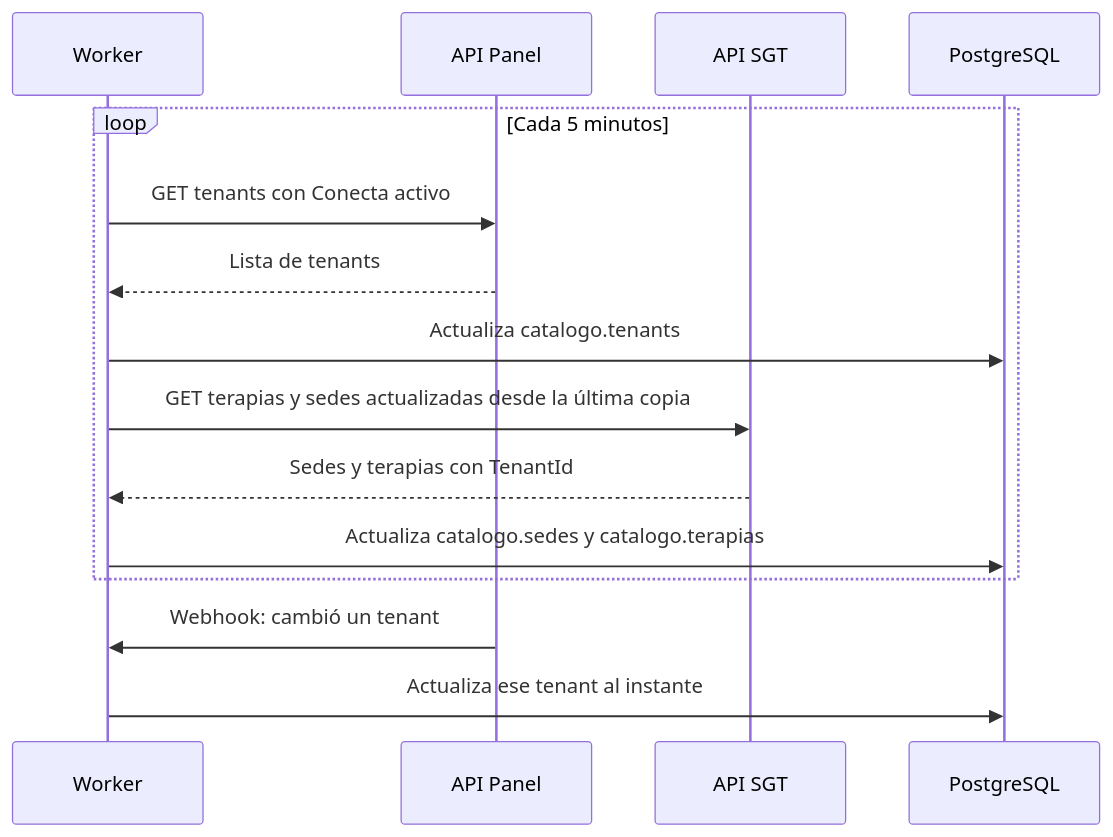
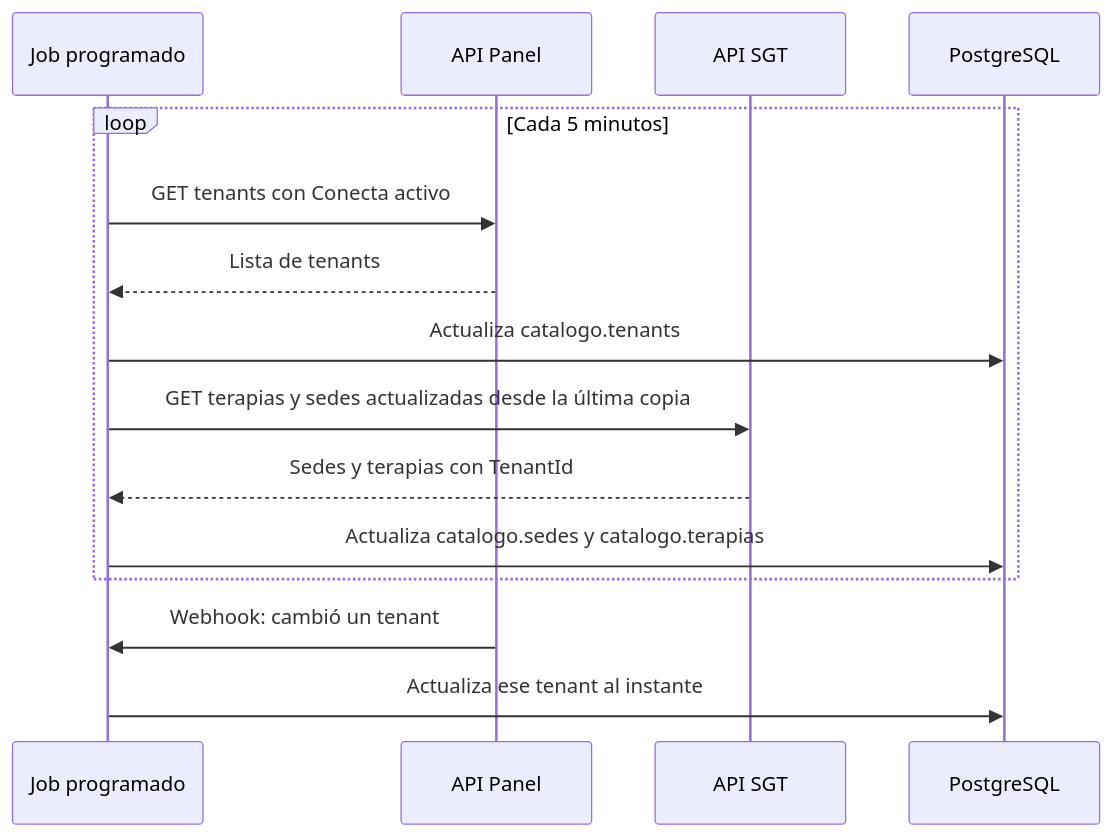
Before and after one commit to ErnestoSCL/neuroa-modelo-tamizaje: the fourth of 6 diagrams in docs/arquitectura_conecta.md, drawn with Mermaid. The commit also changed other lines of this file, not shown here.

````diff
--- a/docs/arquitectura_conecta.md
+++ b/docs/arquitectura_conecta.md
@@ -343,17 +345,17 @@
 ```mermaid
 sequenceDiagram
-    participant WK as Worker
+    participant WK as Job programado
     participant P as API Panel
     participant S as API SGT
     participant DB as PostgreSQL
     loop Cada 5 minutos
         WK->>P: GET tenants con Conecta activo
         P-->>WK: Lista de tenants
         WK->>DB: Actualiza catalogo.tenants
         WK->>S: GET terapias y sedes actualizadas desde la última copia
         S-->>WK: Sedes y terapias con TenantId
         WK->>DB: Actualiza catalogo.sedes y catalogo.terapias
     end
     P->>WK: Webhook: cambió un tenant
     WK->>DB: Actualiza ese tenant al instante
 ```
````
